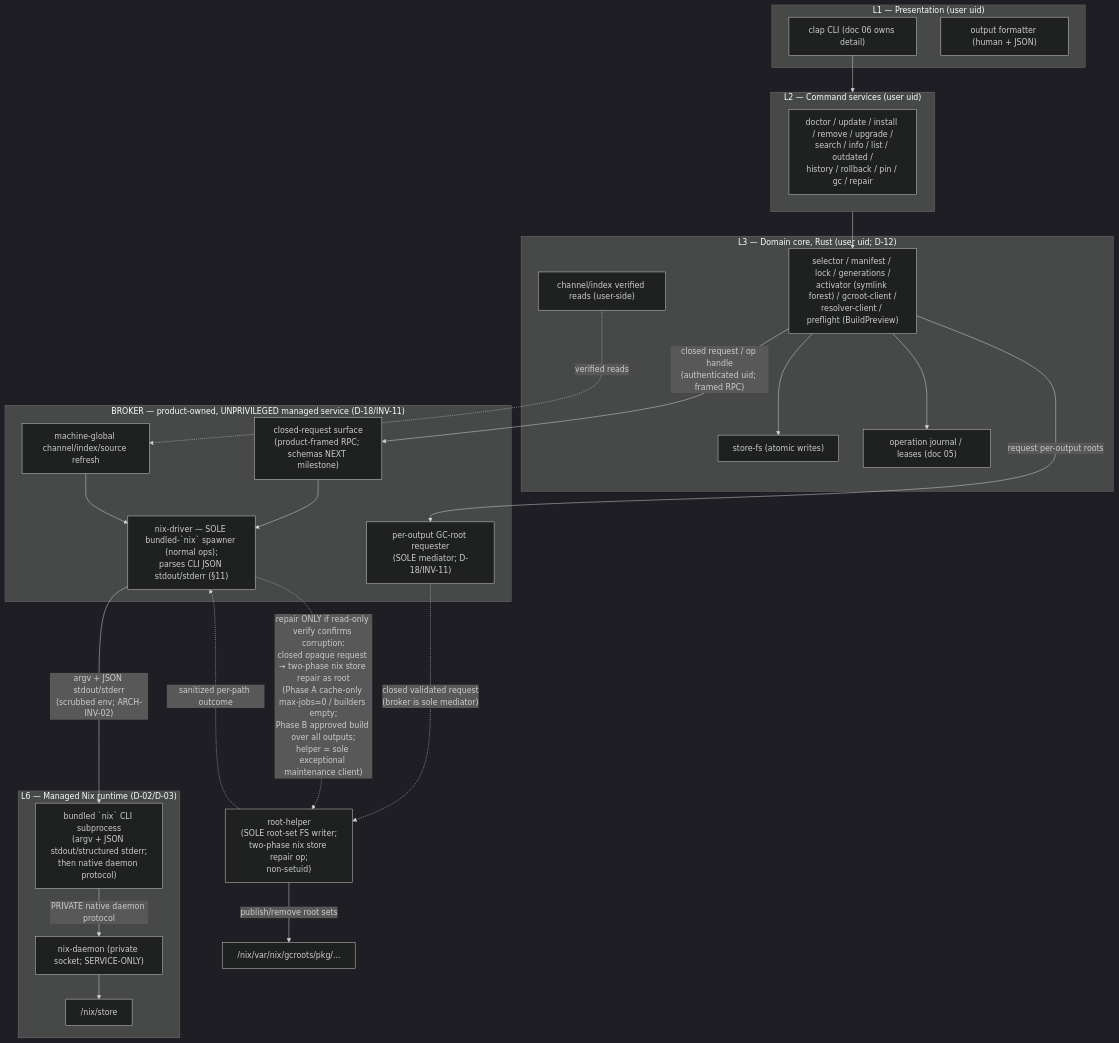
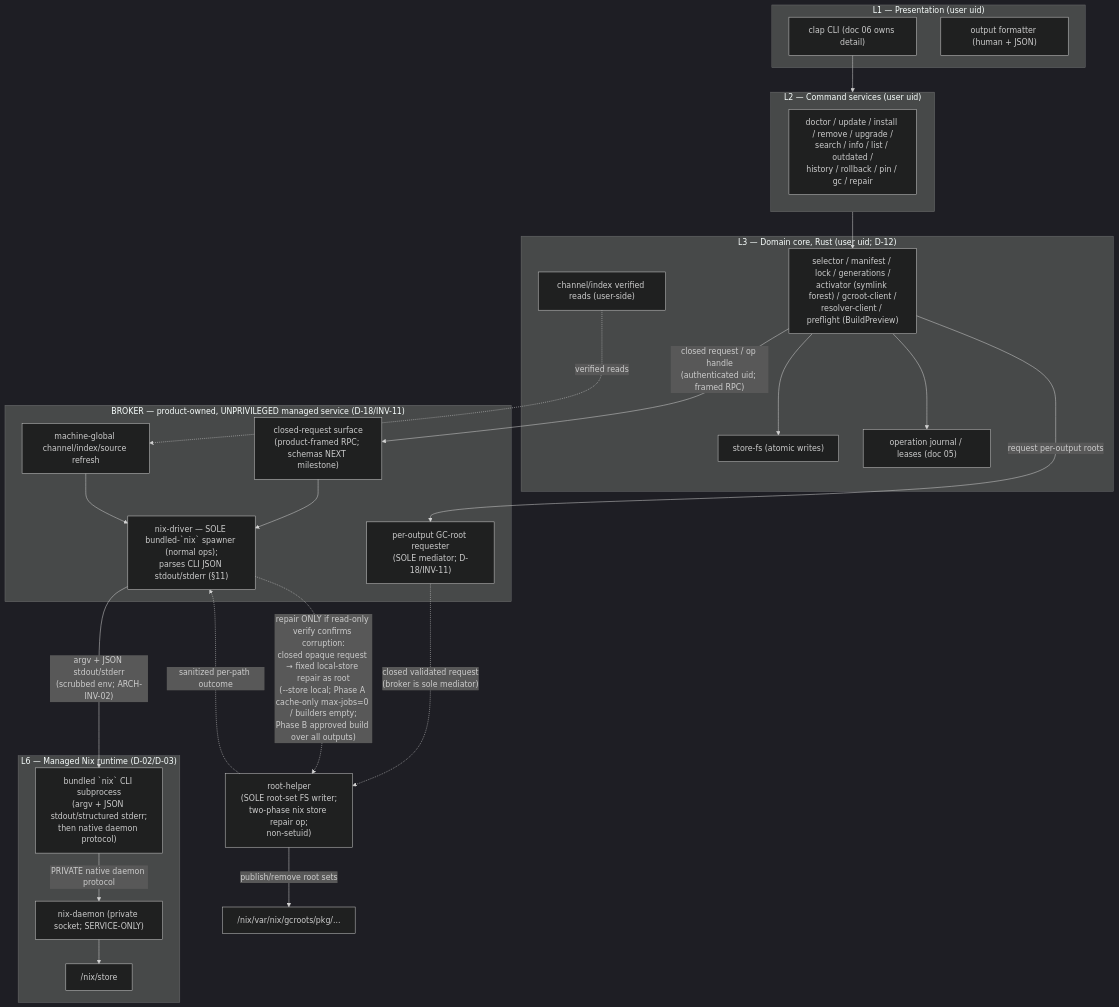
The first of 5 diagrams in plans/01-system-architecture.md (spa5k/pkg), drawn with Mermaid (dark theme) before and after one commit. The commit also changed other lines of this file and 12 other files, not shown here.

Commit message:
feat: add fixed local-store repair executor

````diff
--- a/plans/01-system-architecture.md
+++ b/plans/01-system-architecture.md
@@ -45,46 +45,46 @@
 ```mermaid
 flowchart TB
   subgraph L1["L1 — Presentation (user uid)"]
     CLI["clap CLI (doc 06 owns detail)"]
     OutFmt["output formatter (human + JSON)"]
   end
 
   subgraph L2["L2 — Command services (user uid)"]
     Cmds["doctor / update / install / remove / upgrade /<br/>search / info / list / outdated /<br/>history / rollback / pin / gc / repair"]
   end
 
   subgraph L3["L3 — Domain core, Rust (user uid; D-12)"]
     Core["selector / manifest / lock / generations /<br/>activator (symlink forest) / gcroot-client /<br/>resolver-client / preflight (BuildPreview)"]
     StoreFs["store-fs (atomic writes)"]
     Journal["operation journal / leases (doc 05)"]
     IndexRd["channel/index verified reads (user-side)"]
   end
 
   subgraph BRK["BROKER — product-owned, UNPRIVILEGED managed service (D-18/INV-11)"]
     BrkRpc["closed-request surface<br/>(product-framed RPC; schemas NEXT milestone)"]
     NixDrv["nix-driver — SOLE bundled-`nix` spawner (normal ops);<br/>parses CLI JSON stdout/stderr (§11)"]
     GcRoot["per-output GC-root requester<br/>(SOLE mediator; D-18/INV-11)"]
     SvcUpd["machine-global channel/index/source refresh"]
   end
 
   subgraph L6["L6 — Managed Nix runtime (D-02/D-03)"]
     NixCli["bundled `nix` CLI subprocess<br/>(argv + JSON stdout/structured stderr;<br/>then native daemon protocol)"]
     Daemon["nix-daemon (private socket; SERVICE-ONLY)"]
     Store["/nix/store"]
   end
 
   CLI --> L2 --> Core
   Core --> StoreFs & Journal
   Core -- "closed request / op handle<br/>(authenticated uid; framed RPC)" --> BrkRpc
   BrkRpc --> NixDrv
   NixDrv -- "argv + JSON stdout/stderr<br/>(scrubbed env; ARCH-INV-02)" --> NixCli
   NixCli -- "PRIVATE native daemon protocol" --> Daemon
   Daemon --> Store
   Core -- "request per-output roots" --> GcRoot
   GcRoot -. "closed validated request<br/>(broker is sole mediator)" .-> Helper["root-helper<br/>(SOLE root-set FS writer;<br/>two-phase nix store repair op;<br/>non-setuid)"]
   Helper -- "publish/remove root sets" --> GcRoots["/nix/var/nix/gcroots/pkg/..."]
-  NixDrv -. "repair ONLY if read-only verify confirms corruption:<br/>closed opaque request → two-phase nix store repair as root<br/>(Phase A cache-only max-jobs=0 / builders empty;<br/>Phase B approved build over all outputs;<br/>helper = sole exceptional maintenance client)" .-> Helper
+  NixDrv -. "repair ONLY if read-only verify confirms corruption:<br/>closed opaque request → fixed local-store repair as root<br/>(--store local; Phase A cache-only max-jobs=0 / builders empty;<br/>Phase B approved build over all outputs)" .-> Helper
   Helper -. "sanitized per-path outcome" .-> NixDrv
   SvcUpd --> NixDrv
   IndexRd -. "verified reads" .-> SvcUpd
 ```
````
